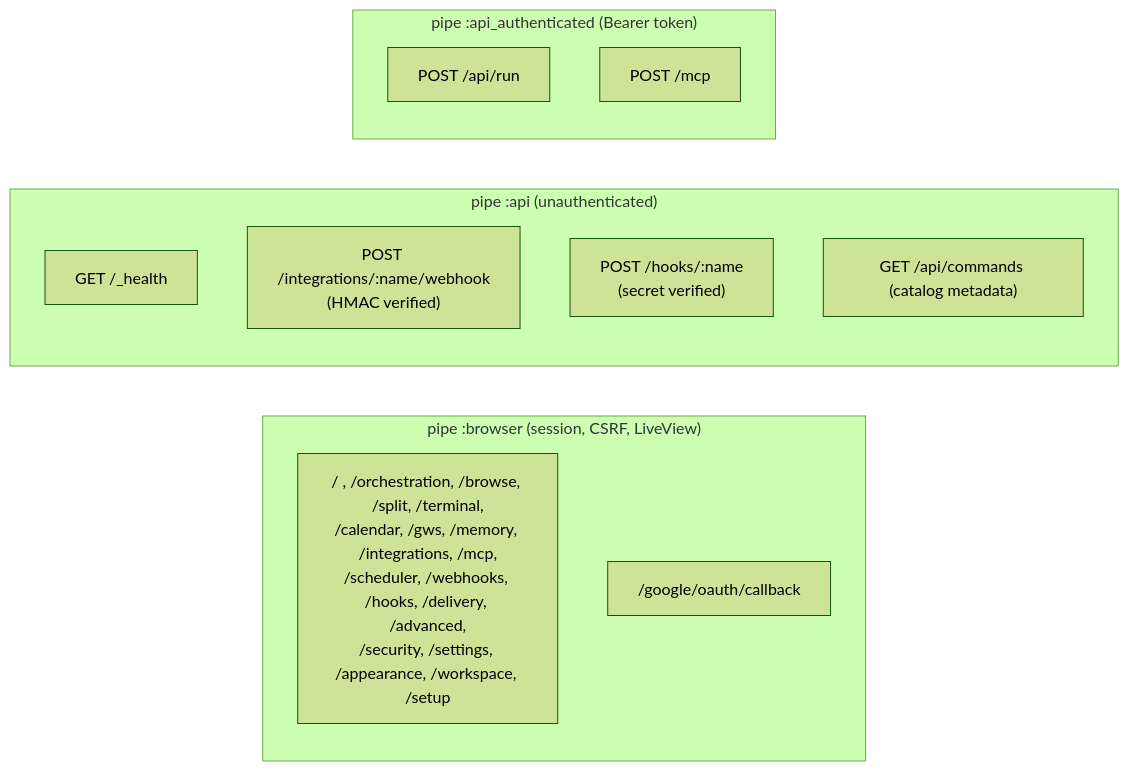
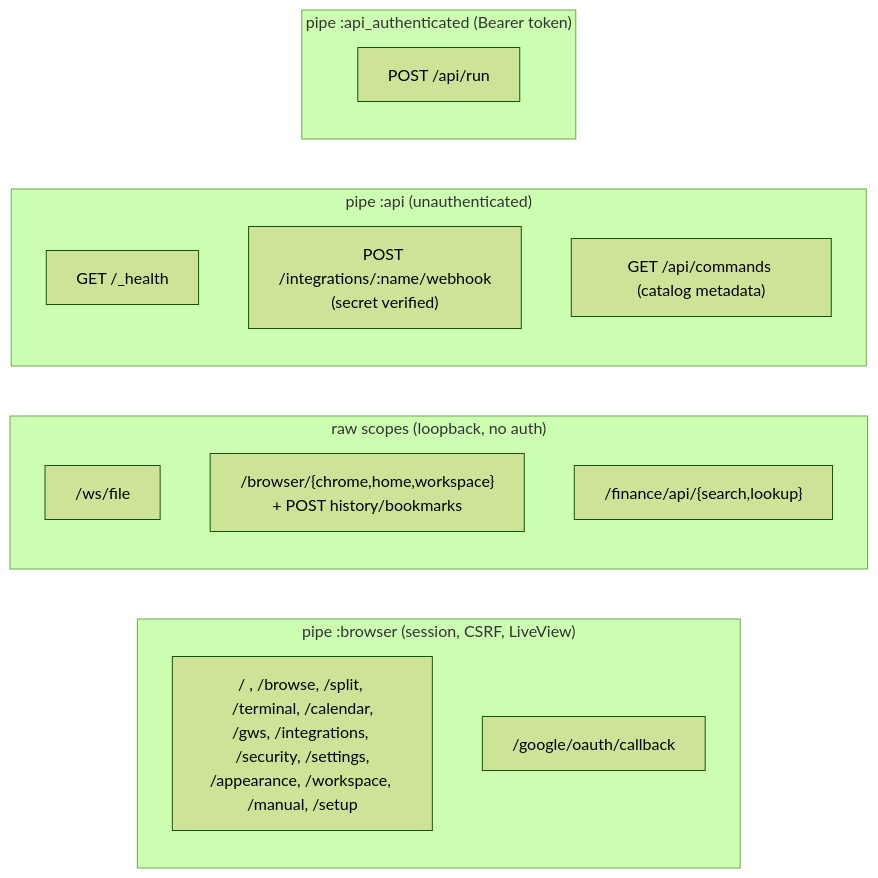
The eighth of 8 diagrams in docs/UML.md (hightowerbuilds/buster-claw), drawn with Mermaid (forest theme) before and after one commit. The commit also changed other lines of this file and 82 other files, not shown here.

````diff
--- a/docs/UML.md
+++ b/docs/UML.md
@@ -378,17 +307,20 @@
 ```mermaid
 flowchart LR
     subgraph browser["pipe :browser (session, CSRF, LiveView)"]
-        R1["/ , /orchestration, /browse, /split, /terminal,<br/>/calendar, /gws, /memory, /integrations, /mcp,<br/>/scheduler, /webhooks, /hooks, /delivery, /advanced,<br/>/security, /settings, /appearance, /workspace, /setup"]
+        R1["/ , /browse, /split, /terminal, /calendar,<br/>/gws, /integrations, /security, /settings,<br/>/appearance, /workspace, /manual, /setup"]
         R2["/google/oauth/callback"]
+    end
+    subgraph raw["raw scopes (loopback, no auth)"]
+        W1["/ws/file"]
+        W2["/browser/{chrome,home,workspace}<br/>+ POST history/bookmarks"]
+        W3["/finance/api/{search,lookup}"]
     end
     subgraph api["pipe :api (unauthenticated)"]
         H1["GET /_health"]
-        H2["POST /integrations/:name/webhook<br/>(HMAC verified)"]
-        H3["POST /hooks/:name<br/>(secret verified)"]
+        H2["POST /integrations/:name/webhook<br/>(secret verified)"]
         H4["GET /api/commands (catalog metadata)"]
     end
     subgraph auth["pipe :api_authenticated (Bearer token)"]
         A1["POST /api/run"]
-        A2["POST /mcp"]
     end
 ```
````
